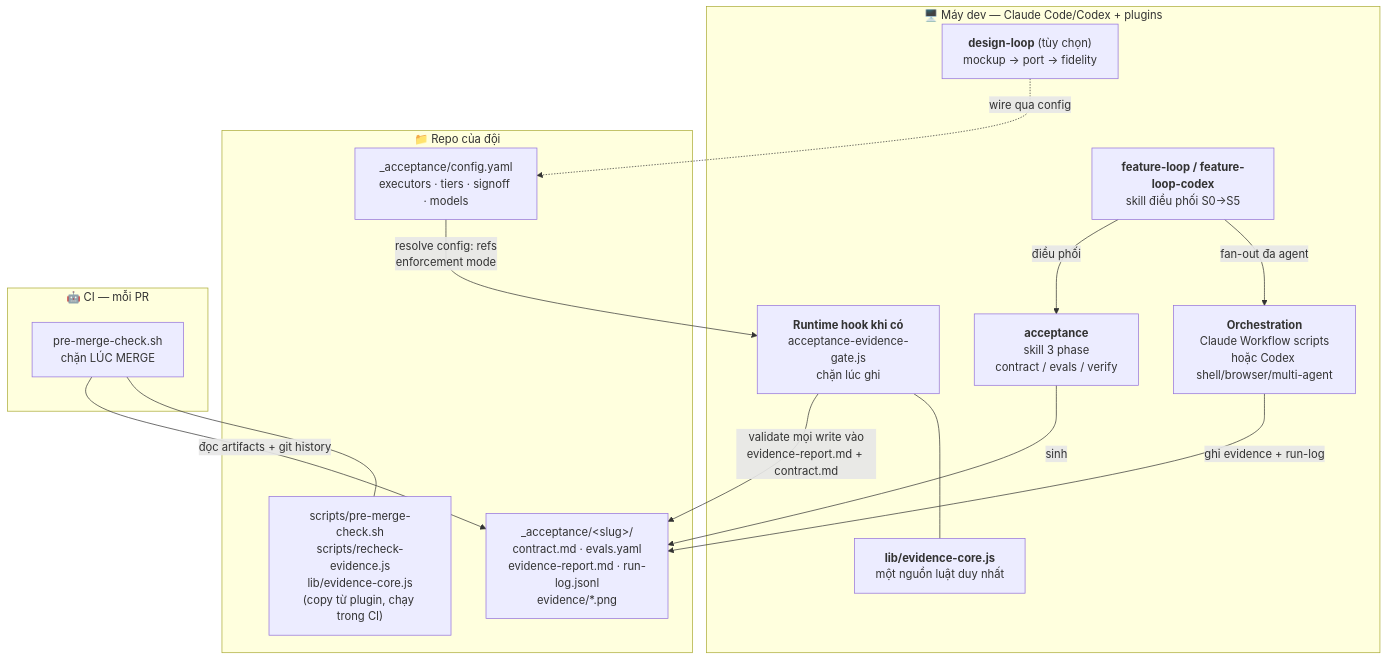
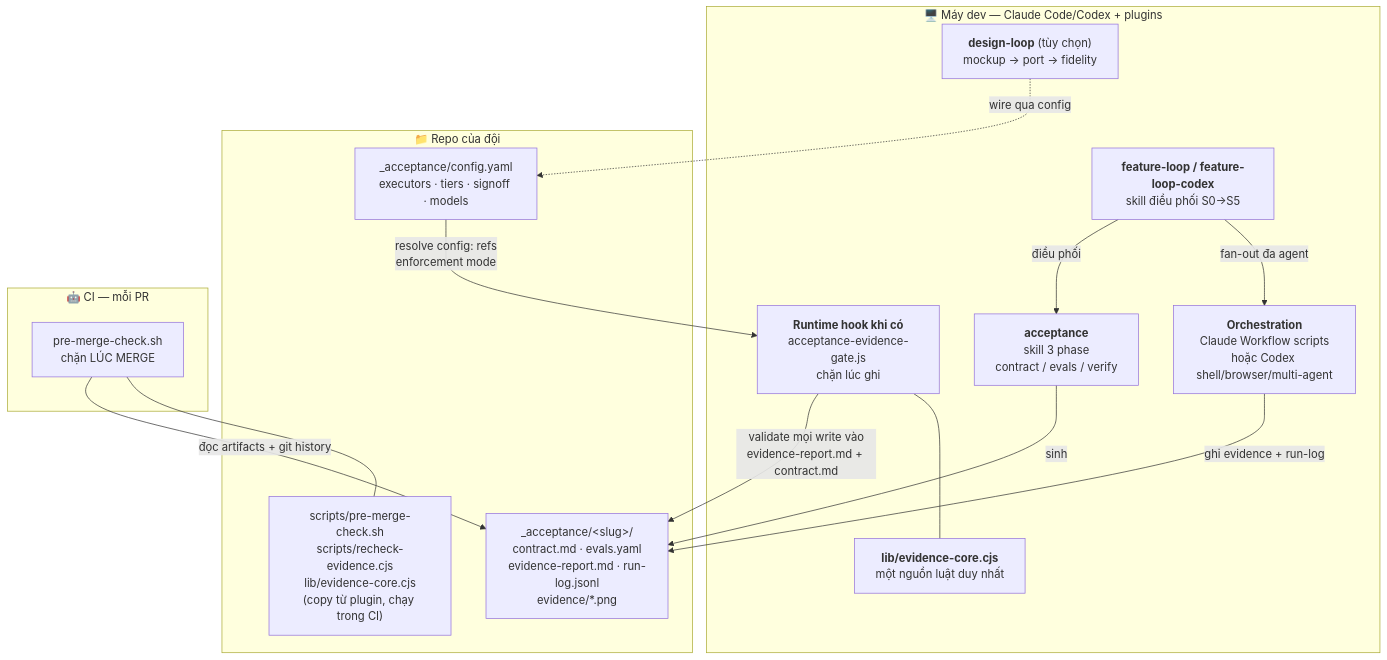
Before and after one commit to phanlemanh/acceptance-gate-kit: the second of 5 diagrams in GUIDE.md, drawn with Mermaid. The commit also changed other lines of this file and 80 other files, not shown here.

````diff
--- a/GUIDE.md
+++ b/GUIDE.md
@@ -128,32 +128,32 @@
 ```mermaid
 flowchart TB
   subgraph DEV["🖥️ Máy dev — Claude Code/Codex + plugins"]
     FL["<b>feature-loop / feature-loop-codex</b><br/>skill điều phối S0→S5"]
     AC["<b>acceptance</b><br/>skill 3 phase<br/>contract / evals / verify"]
     WF["<b>Orchestration</b><br/>Claude Workflow scripts<br/>hoặc Codex shell/browser/multi-agent"]
     HOOK["<b>Runtime hook khi có</b><br/>acceptance-evidence-gate.js<br/>chặn lúc ghi"]
-    CORE["<b>lib/evidence-core.js</b><br/>một nguồn luật duy nhất"]
+    CORE["<b>lib/evidence-core.cjs</b><br/>một nguồn luật duy nhất"]
     DL["<b>design-loop</b> (tùy chọn)<br/>mockup → port → fidelity"]
   end
 
   subgraph REPO["📁 Repo của đội"]
     CFG["_acceptance/config.yaml<br/>executors · tiers · signoff · models"]
     ART["_acceptance/&lt;slug&gt;/<br/>contract.md · evals.yaml<br/>evidence-report.md · run-log.jsonl<br/>evidence/*.png"]
-    VEND["scripts/pre-merge-check.sh<br/>scripts/recheck-evidence.js<br/>lib/evidence-core.js<br/>(copy từ plugin, chạy trong CI)"]
+    VEND["scripts/pre-merge-check.sh<br/>scripts/recheck-evidence.cjs<br/>lib/evidence-core.cjs<br/>(copy từ plugin, chạy trong CI)"]
   end
 
   subgraph CI["🤖 CI — mỗi PR"]
     PM["pre-merge-check.sh<br/>chặn LÚC MERGE"]
   end
 
   FL -->|"điều phối"| AC
   FL -->|"fan-out đa agent"| WF
   AC -->|"sinh"| ART
   WF -->|"ghi evidence + run-log"| ART
   HOOK -->|"validate mọi write vào<br/>evidence-report.md + contract.md"| ART
   HOOK --- CORE
   CFG -->|"resolve config: refs<br/>enforcement mode"| HOOK
   DL -.->|"wire qua config"| CFG
   PM -->|"đọc artifacts + git history"| ART
   PM --- VEND
 ```
````
